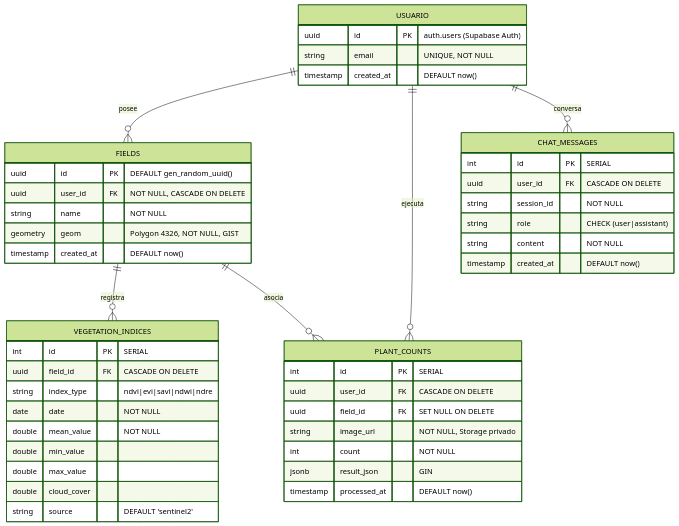
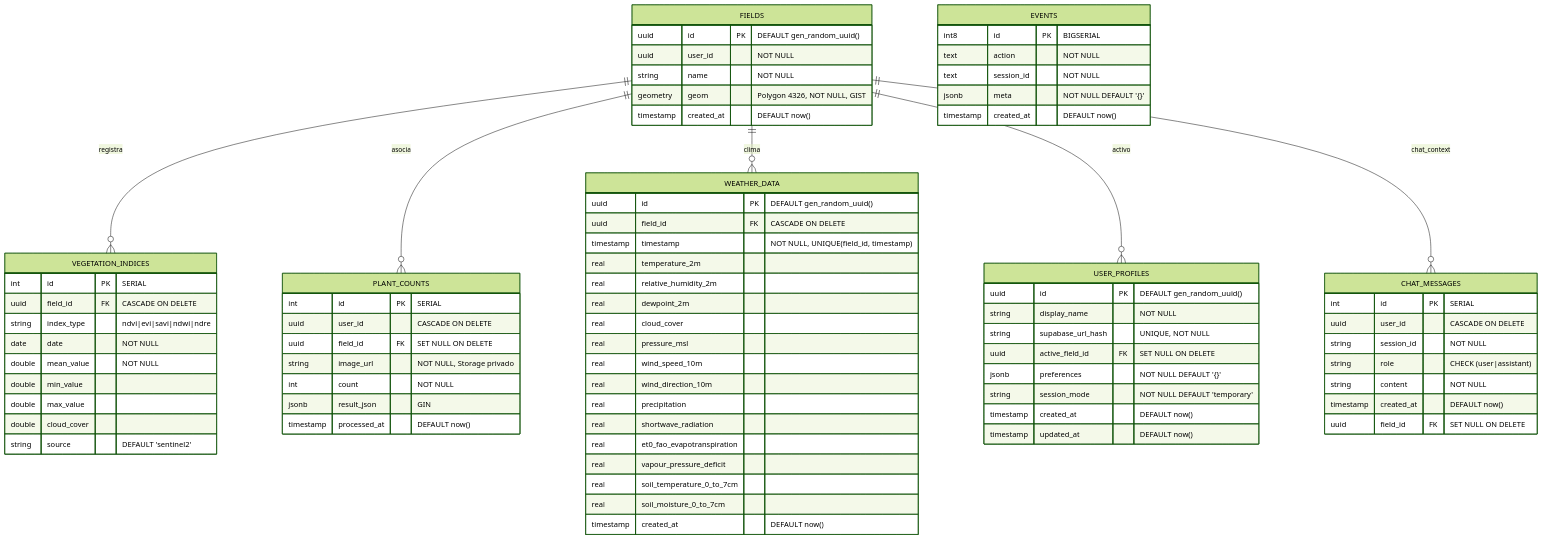
The diagram in docs/db/diseno_db.md (AlexPrietoRomani/AgroVision), drawn with Mermaid (forest theme) before and after one commit. The commit also changed other lines of this file, not shown here.

````diff
--- a/docs/db/diseno_db.md
+++ b/docs/db/diseno_db.md
@@ -30,20 +31,14 @@
 ```mermaid
 erDiagram
-    USUARIO ||--o{ FIELDS : "posee"
-    USUARIO ||--o{ PLANT_COUNTS : "ejecuta"
-    USUARIO ||--o{ CHAT_MESSAGES : "conversa"
     FIELDS ||--o{ VEGETATION_INDICES : "registra"
     FIELDS ||--o{ PLANT_COUNTS : "asocia"
-
-    USUARIO {
-        uuid id PK "auth.users (Supabase Auth)"
-        string email "UNIQUE, NOT NULL"
-        timestamp created_at "DEFAULT now()"
-    }
+    FIELDS ||--o{ WEATHER_DATA : "clima"
+    FIELDS ||--o{ USER_PROFILES : "activo"
+    FIELDS ||--o{ CHAT_MESSAGES : "chat_context"
 
     FIELDS {
         uuid id PK "DEFAULT gen_random_uuid()"
-        uuid user_id FK "NOT NULL, CASCADE ON DELETE"
+        uuid user_id "NOT NULL"
         string name "NOT NULL"
         geometry geom "Polygon 4326, NOT NULL, GIST"
         timestamp created_at "DEFAULT now()"
@@ -61,9 +56,40 @@
         string source "DEFAULT 'sentinel2'"
     }
 
+    USER_PROFILES {
+        uuid id PK "DEFAULT gen_random_uuid()"
+        string display_name "NOT NULL"
+        string supabase_url_hash "UNIQUE, NOT NULL"
+        uuid active_field_id FK "SET NULL ON DELETE"
+        jsonb preferences "NOT NULL DEFAULT '{}'"
+        string session_mode "NOT NULL DEFAULT 'temporary'"
+        timestamp created_at "DEFAULT now()"
+        timestamp updated_at "DEFAULT now()"
+    }
+
+    WEATHER_DATA {
+        uuid id PK "DEFAULT gen_random_uuid()"
+        uuid field_id FK "CASCADE ON DELETE"
+        timestamp timestamp "NOT NULL, UNIQUE(field_id, timestamp)"
+        real temperature_2m
+        real relative_humidity_2m
+        real dewpoint_2m
+        real cloud_cover
+        real pressure_msl
+        real wind_speed_10m
+        real wind_direction_10m
+        real precipitation
+        real shortwave_radiation
+        real et0_fao_evapotranspiration
+        real vapour_pressure_deficit
+        real soil_temperature_0_to_7cm
+        real soil_moisture_0_to_7cm
+        timestamp created_at "DEFAULT now()"
+    }
+
     PLANT_COUNTS {
         int id PK "SERIAL"
-        uuid user_id FK "CASCADE ON DELETE"
+        uuid user_id "CASCADE ON DELETE"
         uuid field_id FK "SET NULL ON DELETE"
         string image_url "NOT NULL, Storage privado"
         int count "NOT NULL"
@@ -73,10 +99,19 @@
 
     CHAT_MESSAGES {
         int id PK "SERIAL"
-        uuid user_id FK "CASCADE ON DELETE"
+        uuid user_id "CASCADE ON DELETE"
         string session_id "NOT NULL"
         string role "CHECK (user|assistant)"
         string content "NOT NULL"
         timestamp created_at "DEFAULT now()"
+        uuid field_id FK "SET NULL ON DELETE"
+    }
+
+    EVENTS {
+        int8 id PK "BIGSERIAL"
+        text action "NOT NULL"
+        text session_id "NOT NULL"
+        jsonb meta "NOT NULL DEFAULT '{}'"
+        timestamp created_at "DEFAULT now()"
     }
 ```
````
